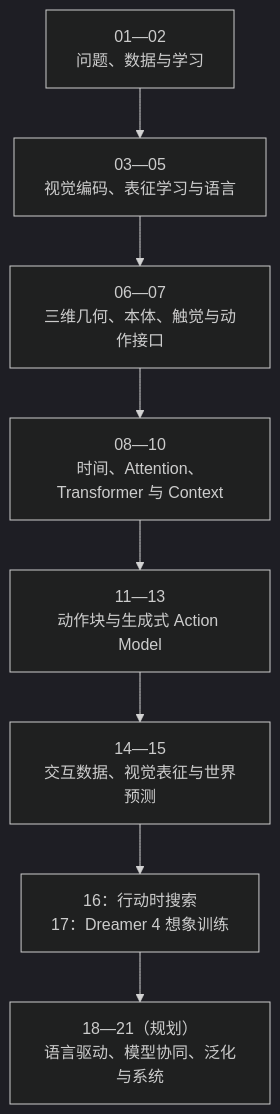
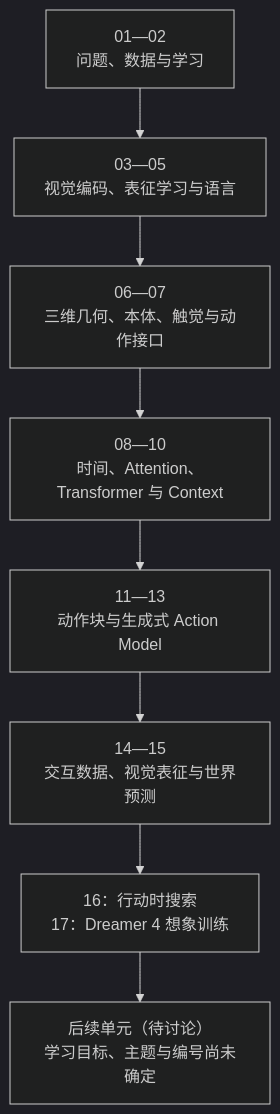
Before and after one commit to qi-robotics/robot-world-model-tutorial: the diagram in 机器人世界动作模型_课程框架.md, drawn with Mermaid (dark theme). The commit also changed other lines of this file and 24 other files, not shown here.

```diff
--- a/机器人世界动作模型_课程框架.md
+++ b/机器人世界动作模型_课程框架.md
@@ -902,10 +896,10 @@
 ~~~mermaid
 flowchart TB
     A["01—02<br/>问题、数据与学习"] --> B["03—05<br/>视觉编码、表征学习与语言"]
     B --> C["06—07<br/>三维几何、本体、触觉与动作接口"]
     C --> E["08—10<br/>时间、Attention、Transformer 与 Context"]
     E --> F["11—13<br/>动作块与生成式 Action Model"]
     F --> G["14—15<br/>交互数据、视觉表征与世界预测"]
     G --> H["16：行动时搜索<br/>17：Dreamer 4 想象训练"]
-    H --> I["18—21（规划）<br/>语言驱动、模型协同、泛化与系统"]
+    H --> I["后续单元（待讨论）<br/>学习目标、主题与编号尚未确定"]
 ~~~
```
